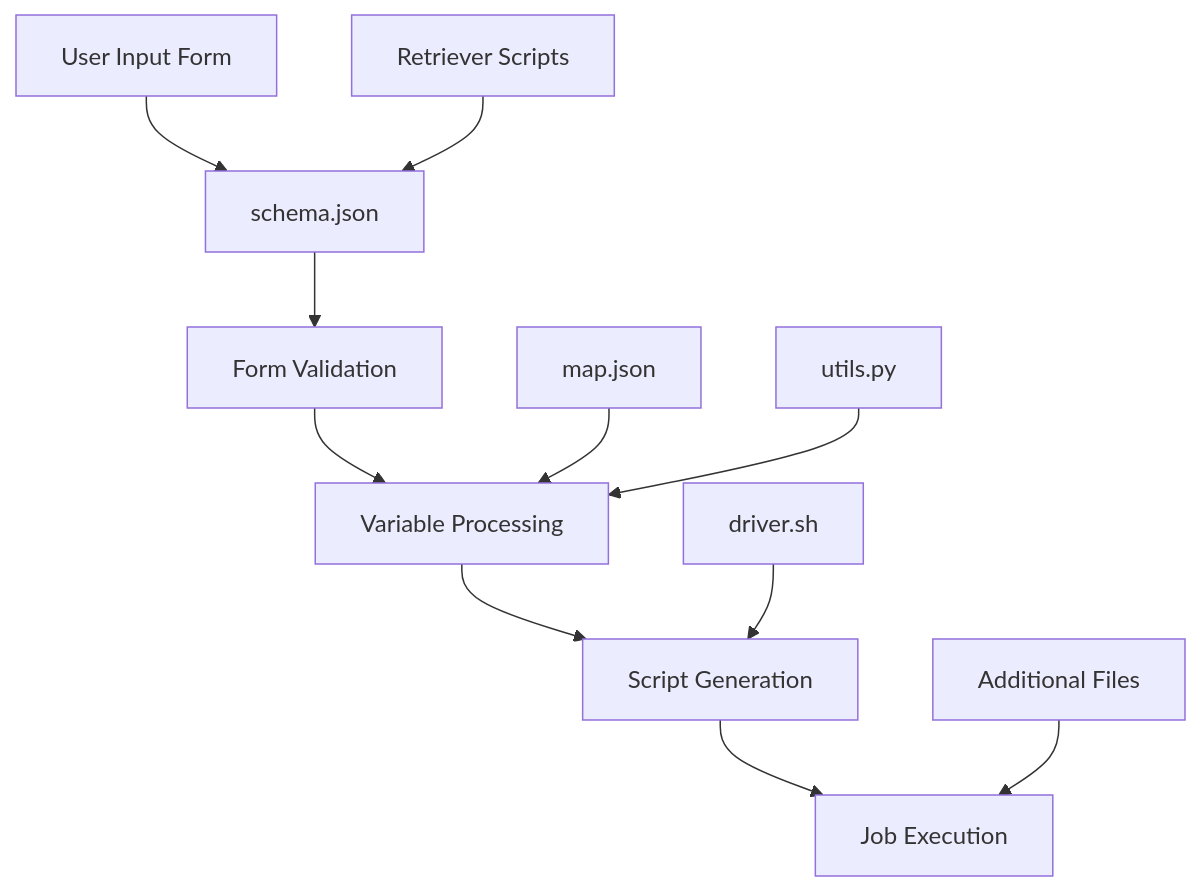
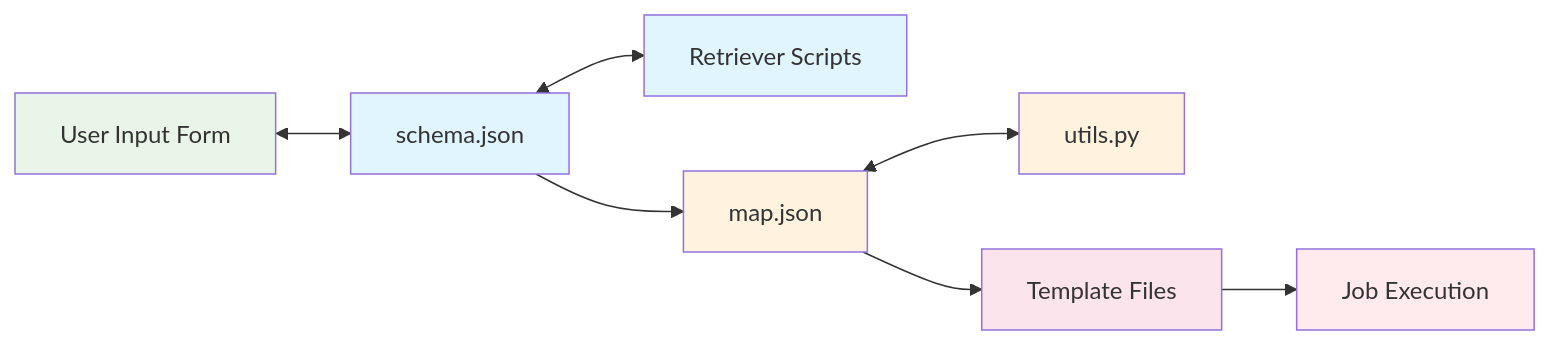
One commit to a11155/dor-hprc-drona-composer changed the diagram in website/docs/environments/overview.md. Above: the diagram before and after it, drawn with Mermaid. The commit also changed other lines of this file, not shown here.

Commit message:
Environments overview diagram updated

````diff
--- a/website/docs/environments/overview.md
+++ b/website/docs/environments/overview.md
@@ -26,13 +26,17 @@
 ```mermaid
-graph TB
-    A[User Input Form] --> B[schema.json]
-    B --> C[Form Validation]
-    C --> D[Variable Processing]
-    E[map.json] --> D
-    F[utils.py] --> D
-    D --> G[Script Generation]
-    H[driver.sh] --> G
-    G --> I[Job Execution]
-    J[Retriever Scripts] --> B
-    K[Additional Files] --> I
+graph LR
+    A[User Input Form] <--> B[schema.json]
+    B <--> C[Retriever Scripts]
+    B --> D[map.json]
+    D <--> E[utils.py]
+    D --> F[Template Files]
+    F --> G[Job Execution]
+    
+    style A fill:#e8f5e8
+    style B fill:#e1f5fe
+    style C fill:#e1f5fe
+    style D fill:#fff3e0
+    style E fill:#fff3e0
+    style F fill:#fce4ec
+    style G fill:#ffebee
 ```
````
